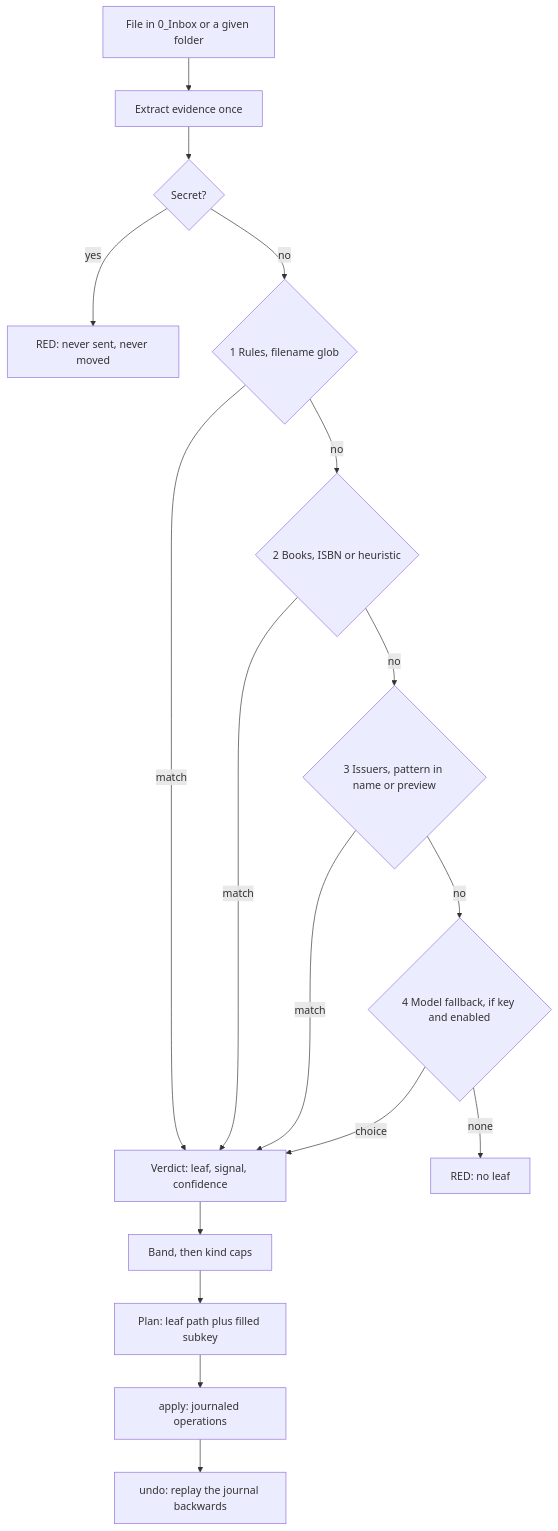
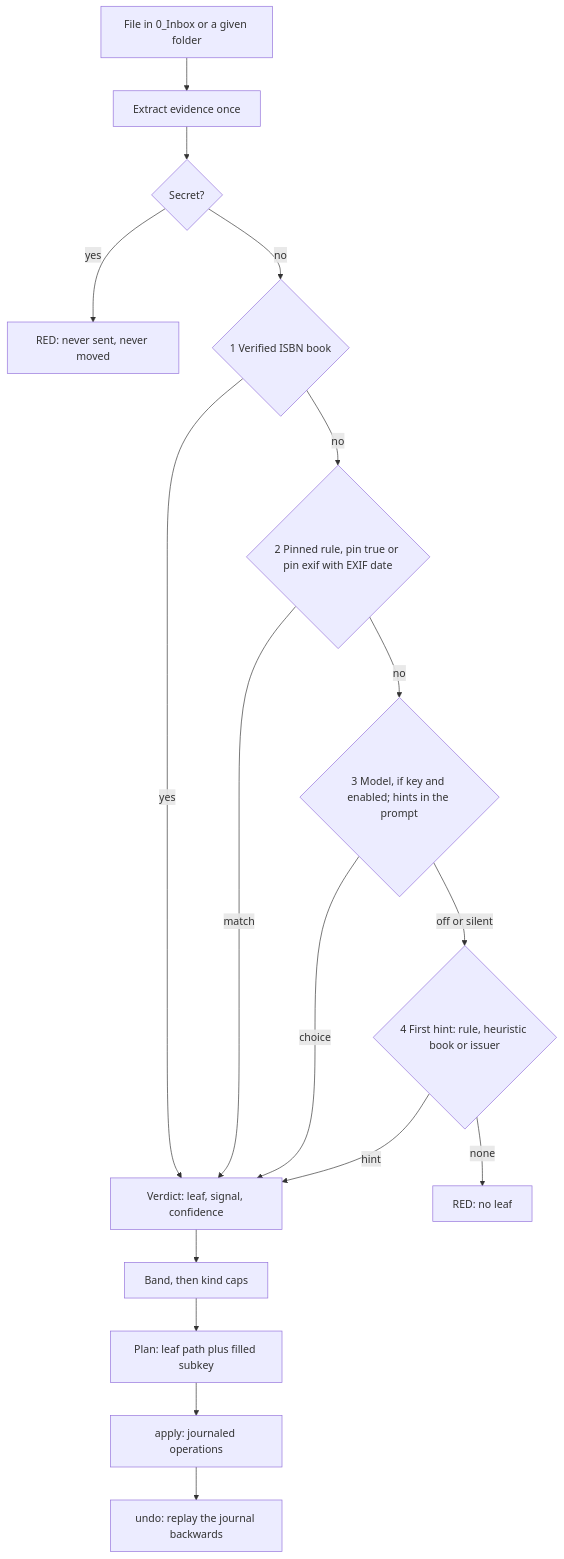
One commit to fjacquet/para-files changed the first of 2 diagrams in docs/architecture.md. Above: the diagram before and after it, drawn with Mermaid. The commit also changed other lines of this file and 11 other files, not shown here.

First line of the commit message:
feat(core): model-first cascade; pinned rules decide, the rest are hints

````diff
--- a/docs/architecture.md
+++ b/docs/architecture.md
@@ -13,19 +13,19 @@
 ```mermaid
 flowchart TD
     F[File in 0_Inbox or a given folder] --> E[Extract evidence once]
     E --> SG{Secret?}
     SG -- yes --> RED1[RED: never sent, never moved]
-    SG -- no --> R{"1 Rules, filename glob"}
-    R -- match --> V[Verdict: leaf, signal, confidence]
-    R -- no --> B{"2 Books, ISBN or heuristic"}
-    B -- match --> V
-    B -- no --> I{"3 Issuers, pattern in name or preview"}
-    I -- match --> V
-    I -- no --> M{"4 Model fallback, if key and enabled"}
+    SG -- no --> B{"1 Verified ISBN book"}
+    B -- yes --> V[Verdict: leaf, signal, confidence]
+    B -- no --> R{"2 Pinned rule, pin true or pin exif with EXIF date"}
+    R -- match --> V
+    R -- no --> M{"3 Model, if key and enabled; hints in the prompt"}
     M -- choice --> V
-    M -- none --> RED2[RED: no leaf]
+    M -- off or silent --> H{"4 First hint: rule, heuristic book or issuer"}
+    H -- hint --> V
+    H -- none --> RED2[RED: no leaf]
     V --> BAND[Band, then kind caps]
     BAND --> PLAN[Plan: leaf path plus filled subkey]
     PLAN --> APPLY[apply: journaled operations]
     APPLY --> UNDO[undo: replay the journal backwards]
 ```
````
